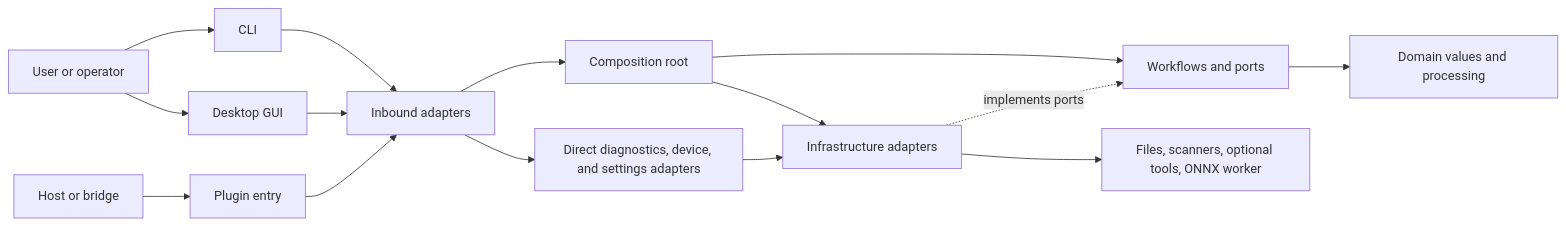
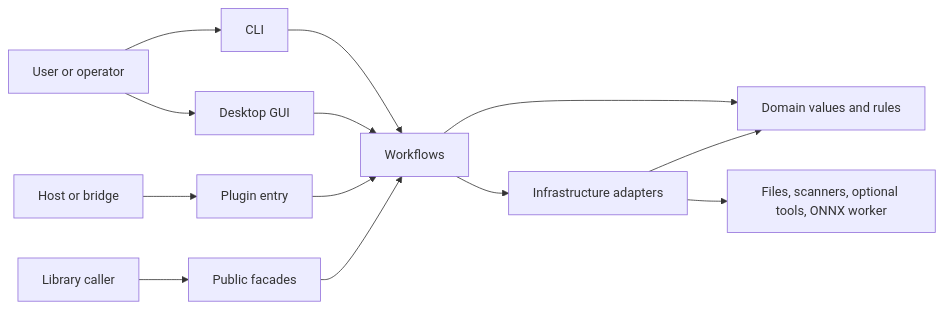
One commit to sebastianspicker/open-scanline changed the first of 2 diagrams in docs/architecture.md. Above: the diagram before and after it, drawn with Mermaid. The commit also changed other lines of this file and 4 other files, not shown here.

````diff
--- a/docs/architecture.md
+++ b/docs/architecture.md
@@ -15,17 +14,15 @@
 ```mermaid
 flowchart LR
     user[User or operator] --> cli[CLI]
     user --> gui[Desktop GUI]
     host[Host or bridge] --> plugin[Plugin entry]
-    cli --> inbound[Inbound adapters]
-    gui --> inbound
-    plugin --> inbound
-    inbound --> composition[Composition root]
-    inbound --> direct[Direct diagnostics, device, and settings adapters]
-    composition --> workflows[Workflows and ports]
-    composition --> infrastructure[Infrastructure adapters]
-    workflows --> domain[Domain values and processing]
-    infrastructure -. implements ports .-> workflows
+    lib[Library caller] --> facades[Public facades]
+    cli --> workflows[Workflows]
+    gui --> workflows
+    plugin --> workflows
+    facades --> workflows
+    workflows --> infrastructure[Infrastructure adapters]
+    workflows --> domain[Domain values and rules]
+    infrastructure --> domain
     infrastructure --> external[Files, scanners, optional tools, ONNX worker]
-    direct --> infrastructure
 ```
````
